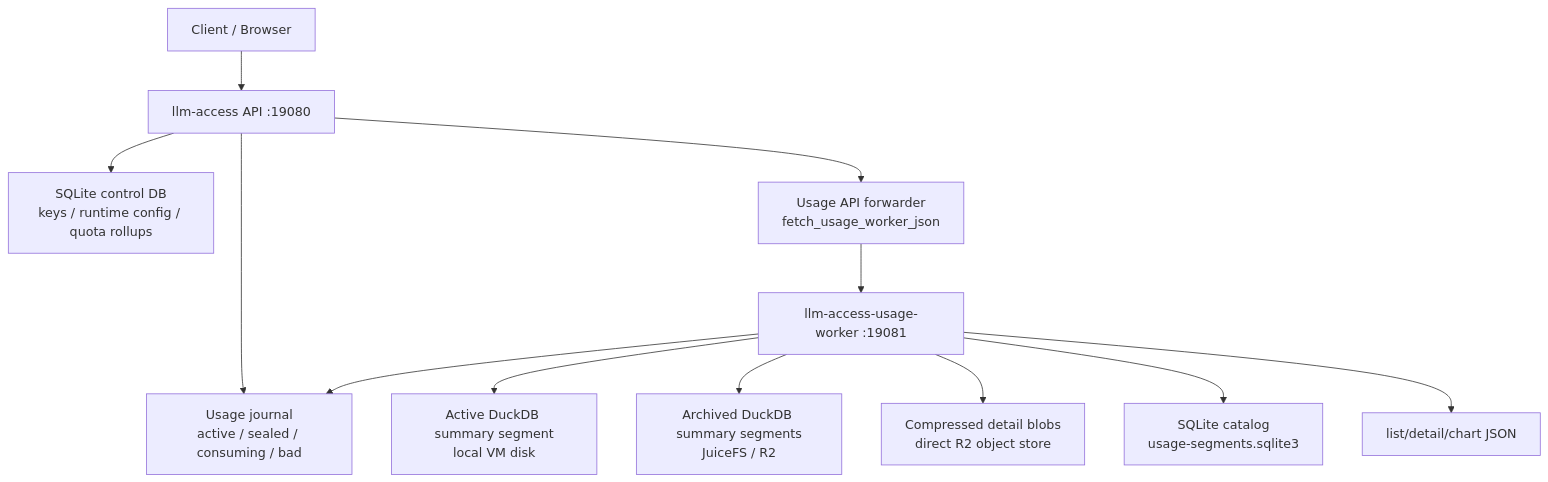
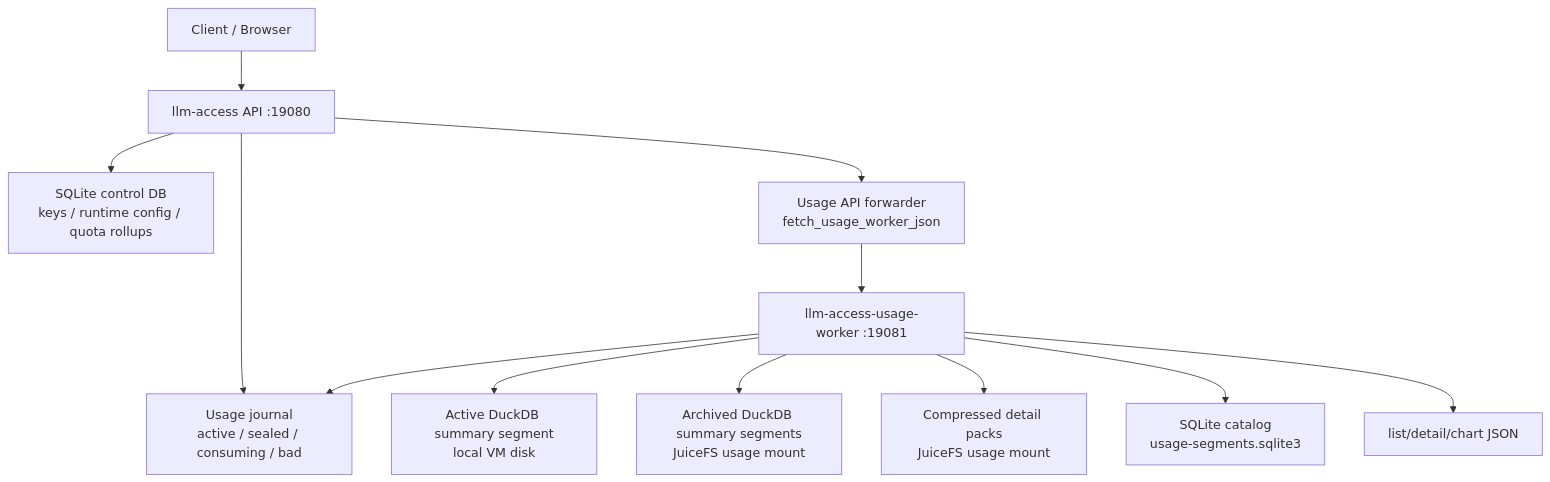
The diagram in docs/llm-access-tiered-usage-analytics.md (StaticFlow-AI/static-flow), drawn with Mermaid before and after one commit. The commit also changed other lines of this file and 12 other files, not shown here.

Commit message:
feat(llm-access): move worker usage storage to juicefs cache mount

````diff
--- a/docs/llm-access-tiered-usage-analytics.md
+++ b/docs/llm-access-tiered-usage-analytics.md
@@ -87,16 +89,16 @@
 ```mermaid
 flowchart TD
     Client["Client / Browser"] --> Api["llm-access API :19080"]
     Api --> Control["SQLite control DB<br/>keys / runtime config / quota rollups"]
     Api --> Journal["Usage journal<br/>active / sealed / consuming / bad"]
     Api --> Forward["Usage API forwarder<br/>fetch_usage_worker_json"]
 
     Worker["llm-access-usage-worker :19081"] --> Journal
     Worker --> Active["Active DuckDB summary segment<br/>local VM disk"]
-    Worker --> Archive["Archived DuckDB summary segments<br/>JuiceFS / R2"]
-    Worker --> Details["Compressed detail blobs<br/>direct R2 object store"]
+    Worker --> Archive["Archived DuckDB summary segments<br/>JuiceFS usage mount"]
+    Worker --> Details["Compressed detail packs<br/>JuiceFS usage mount"]
     Worker --> Catalog["SQLite catalog<br/>usage-segments.sqlite3"]
 
     Forward --> Worker
     Worker --> PublicUsage["list/detail/chart JSON"]
 ```
````
